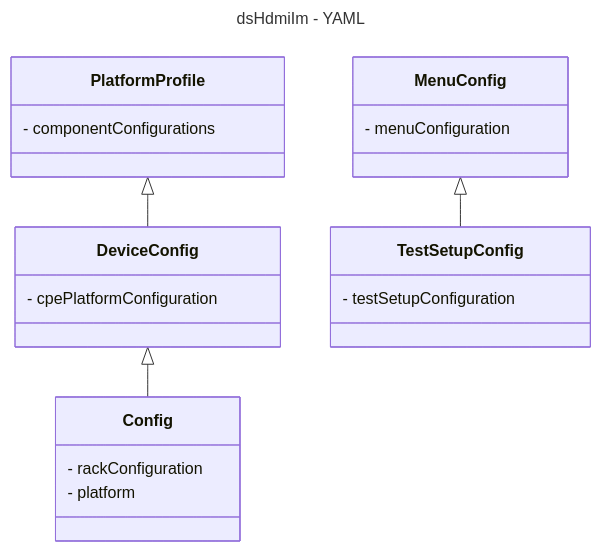
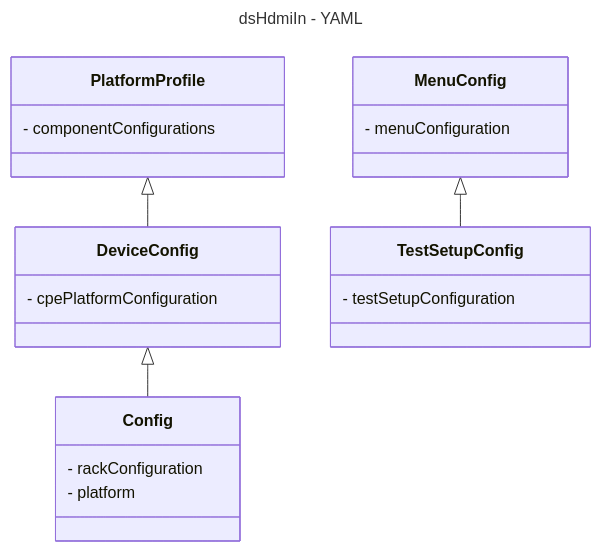
Before and after one commit to rdkcentral/rdk-halif-test-device_settings: the second of 2 diagrams in docs/pages/dsHDMIIn/ds-Hdmi-In_L3_Low-Level_TestSpecification.md, drawn with Mermaid. The commit also changed other lines of this file, not shown here.

Commit message:
gh #171 Hdmi In L3 high level spec review comments addressal.

````diff
--- a/docs/pages/dsHDMIIn/ds-Hdmi-In_L3_Low-Level_TestSpecification.md
+++ b/docs/pages/dsHDMIIn/ds-Hdmi-In_L3_Low-Level_TestSpecification.md
@@ -96,25 +98,25 @@
 ```mermaid
 ---
-title: dsHdmiIm - YAML
+title: dsHdmiIn - YAML
 ---
 classDiagram
     class Config {
         - rackConfiguration
         - platform
     }
     class DeviceConfig {
         - cpePlatformConfiguration
     }
     class PlatformProfile {
         - componentConfigurations
     }
     PlatformProfile <|-- DeviceConfig
     DeviceConfig <|-- Config
     class TestSetupConfig {
         - testSetupConfiguration
     }
     class MenuConfig {
         - menuConfiguration
     }
     MenuConfig <|-- TestSetupConfig
 ```
````
